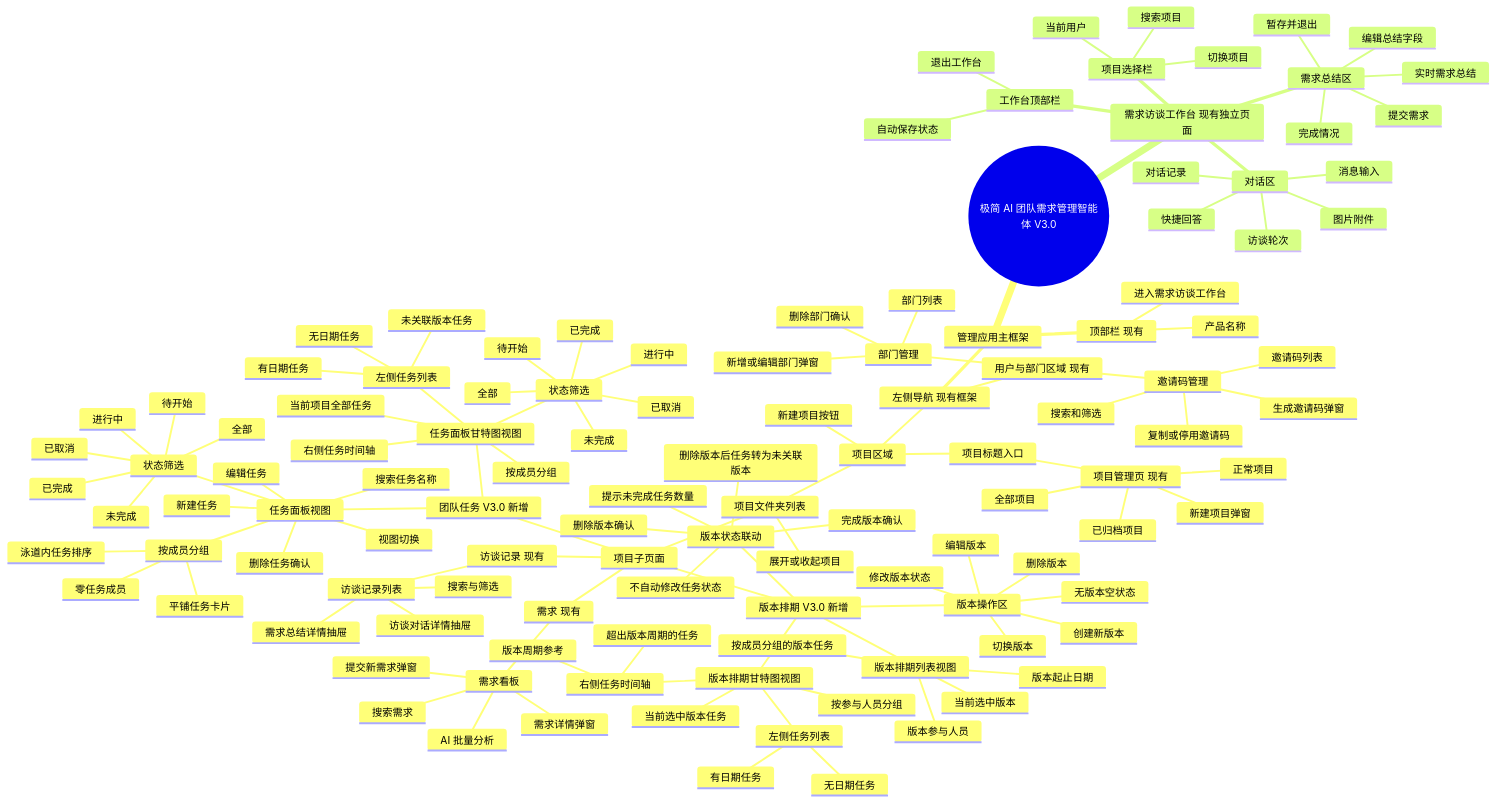
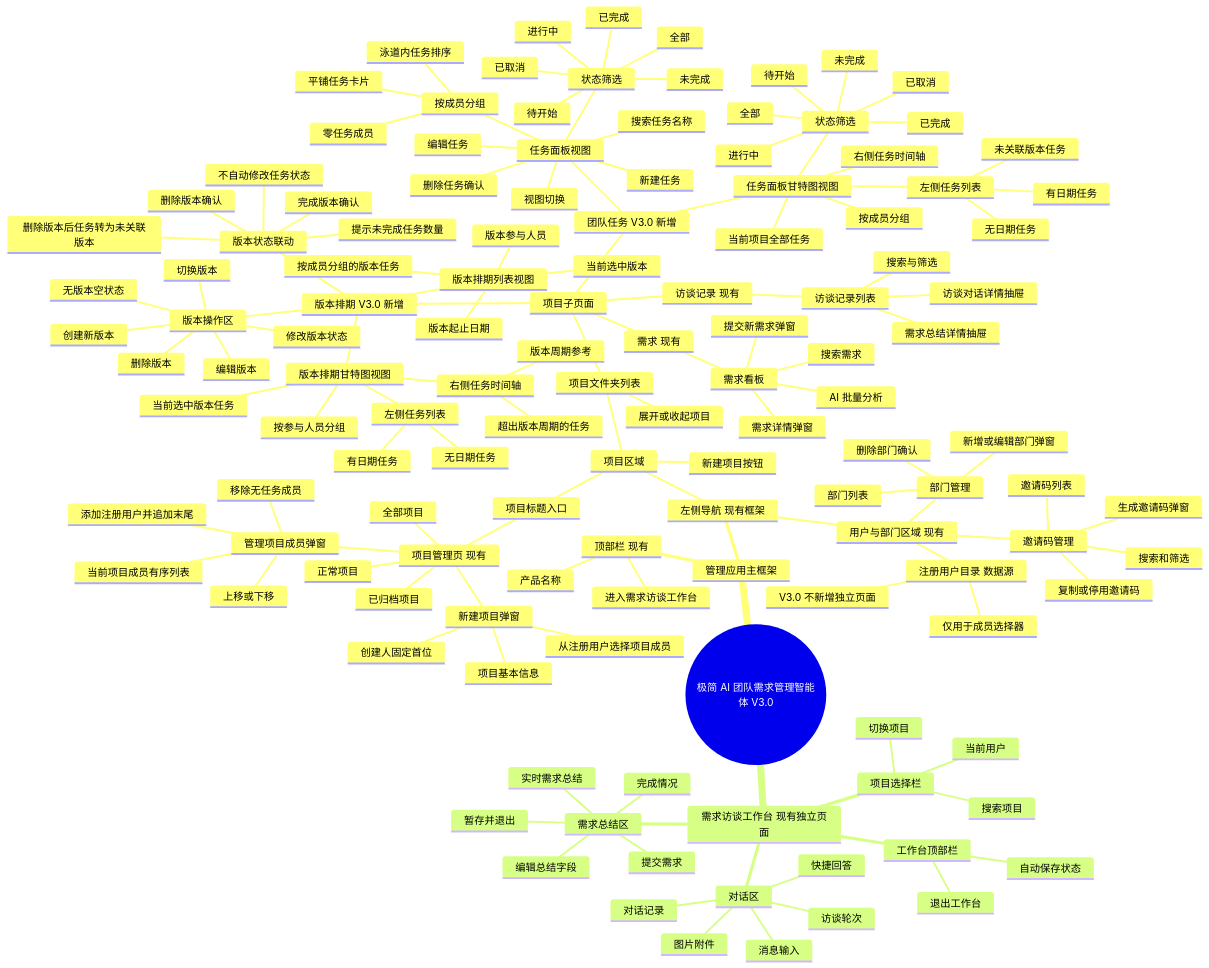
Before and after one commit to zhanggengyu2-blip/minimal-ai-requirements-agent: the first of 2 diagrams in product/v3.0/《V3.0页面结构脑图》.md, drawn with Mermaid. The commit also changed other lines of this file and 27 other files, not shown here.

```diff
--- a/product/v3.0/《V3.0页面结构脑图》.md
+++ b/product/v3.0/《V3.0页面结构脑图》.md
@@ -21,6 +21,14 @@
               正常项目
               已归档项目
               新建项目弹窗
+                项目基本信息
+                从注册用户选择项目成员
+                创建人固定首位
+              管理项目成员弹窗
+                当前项目成员有序列表
+                上移或下移
+                添加注册用户并追加末尾
+                移除无任务成员
           新建项目按钮
           项目文件夹列表
             展开或收起项目
@@ -98,6 +106,9 @@
                   删除版本后任务转为未关联版本
                   删除版本确认
         用户与部门区域 现有
+          注册用户目录 数据源
+            仅用于成员选择器
+            V3.0 不新增独立页面
           部门管理
             部门列表
             新增或编辑部门弹窗
```
